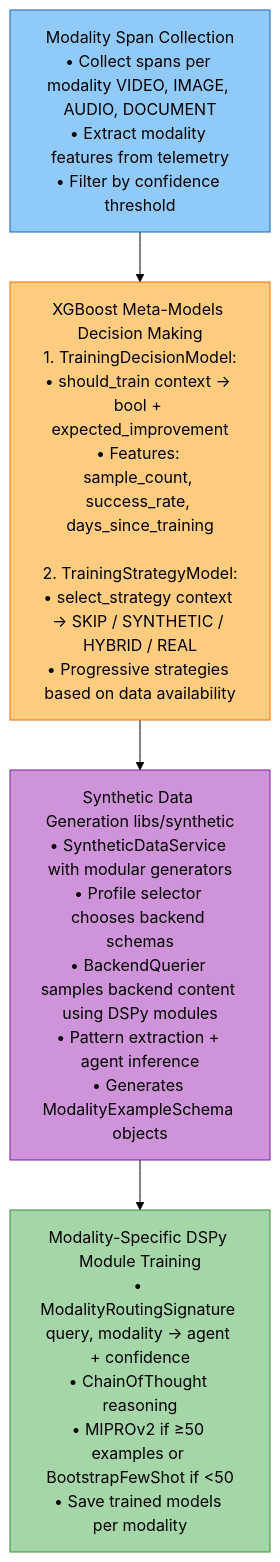
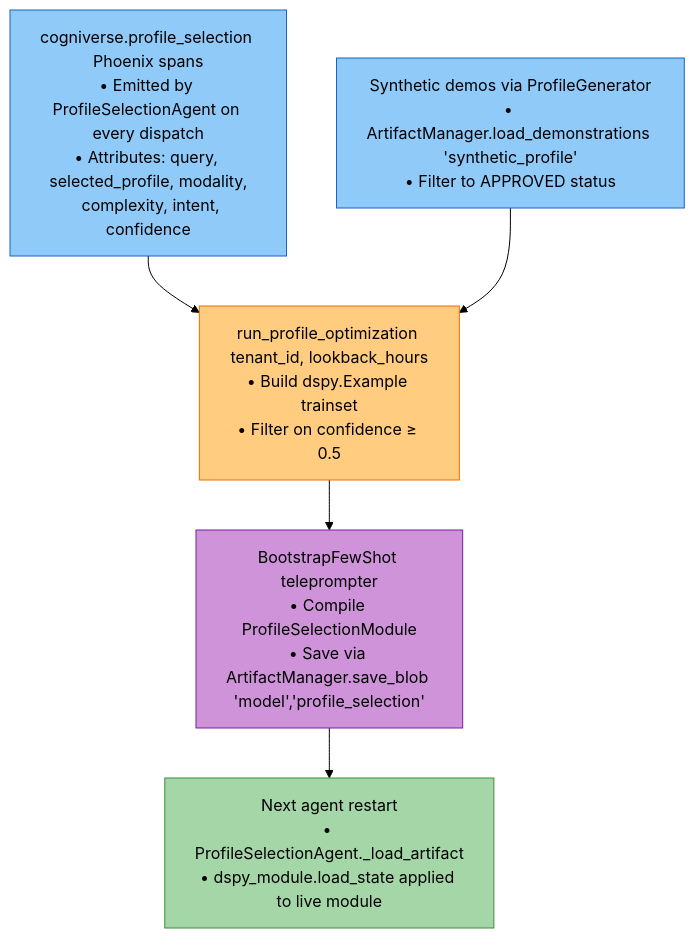
The third of 4 diagrams in docs/modules/optimization.md (amit-jain/cogniverse), drawn with Mermaid (forest theme) before and after one commit. The commit also changed other lines of this file and 43 other files, not shown here.

First line of the commit message:
Replace modality optimizer with profile-selection synthetic generator

````diff
--- a/docs/modules/optimization.md
+++ b/docs/modules/optimization.md
@@ -122,15 +117,18 @@
 ```mermaid
 flowchart TB
-    SpanCollection["<span style='color:#000'>Modality Span Collection<br/>• Collect spans per modality VIDEO, IMAGE, AUDIO, DOCUMENT<br/>• Extract modality features from telemetry<br/>• Filter by confidence threshold</span>"]
+    Spans["<span style='color:#000'>cogniverse.profile_selection Phoenix spans<br/>• Emitted by ProfileSelectionAgent on every dispatch<br/>• Attributes: query, selected_profile, modality,<br/>  complexity, intent, confidence</span>"]
 
-    SpanCollection --> XGBoost["<span style='color:#000'>XGBoost Meta-Models Decision Making<br/>1. TrainingDecisionModel:<br/>• should_train context → bool + expected_improvement<br/>• Features: sample_count, success_rate, days_since_training<br/><br/>2. TrainingStrategyModel:<br/>• select_strategy context → SKIP / SYNTHETIC / HYBRID / REAL<br/>• Progressive strategies based on data availability</span>"]
+    Spans --> RunOpt["<span style='color:#000'>run_profile_optimization tenant_id, lookback_hours<br/>• Build dspy.Example trainset<br/>• Filter on confidence ≥ 0.5</span>"]
 
-    XGBoost --> SyntheticService["<span style='color:#000'>Synthetic Data Generation libs/synthetic<br/>• SyntheticDataService with modular generators<br/>• Profile selector chooses backend schemas<br/>• BackendQuerier samples backend content using DSPy modules<br/>• Pattern extraction + agent inference<br/>• Generates ModalityExampleSchema objects</span>"]
+    Synthetic["<span style='color:#000'>Synthetic demos via ProfileGenerator<br/>• ArtifactManager.load_demonstrations 'synthetic_profile'<br/>• Filter to APPROVED status</span>"] --> RunOpt
 
-    SyntheticService --> Training["<span style='color:#000'>Modality-Specific DSPy Module Training<br/>• ModalityRoutingSignature query, modality → agent + confidence<br/>• ChainOfThought reasoning<br/>• MIPROv2 if ≥50 examples or BootstrapFewShot if <50<br/>• Save trained models per modality</span>"]
+    RunOpt --> Compile["<span style='color:#000'>BootstrapFewShot teleprompter<br/>• Compile ProfileSelectionModule<br/>• Save via ArtifactManager.save_blob 'model','profile_selection'</span>"]
 
-    style SpanCollection fill:#90caf9,stroke:#1565c0,color:#000
-    style XGBoost fill:#ffcc80,stroke:#ef6c00,color:#000
-    style SyntheticService fill:#ce93d8,stroke:#7b1fa2,color:#000
-    style Training fill:#a5d6a7,stroke:#388e3c,color:#000
+    Compile --> Reload["<span style='color:#000'>Next agent restart<br/>• ProfileSelectionAgent._load_artifact<br/>• dspy_module.load_state applied to live module</span>"]
+
+    style Spans fill:#90caf9,stroke:#1565c0,color:#000
+    style Synthetic fill:#90caf9,stroke:#1565c0,color:#000
+    style RunOpt fill:#ffcc80,stroke:#ef6c00,color:#000
+    style Compile fill:#ce93d8,stroke:#7b1fa2,color:#000
+    style Reload fill:#a5d6a7,stroke:#388e3c,color:#000
 ```
````
